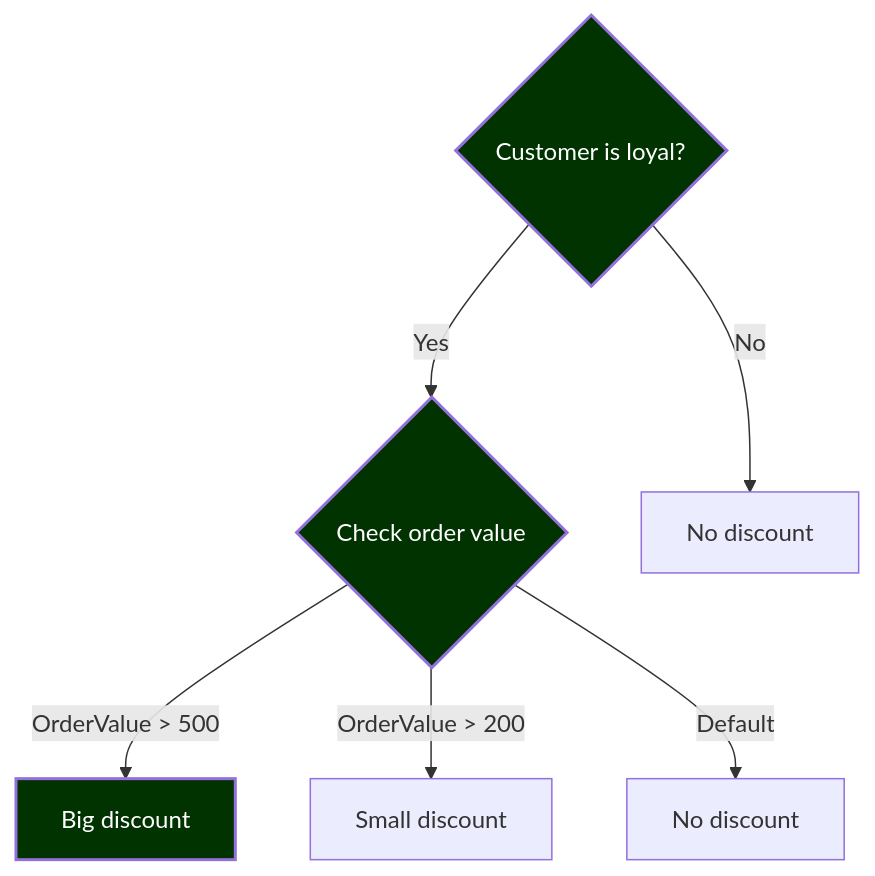
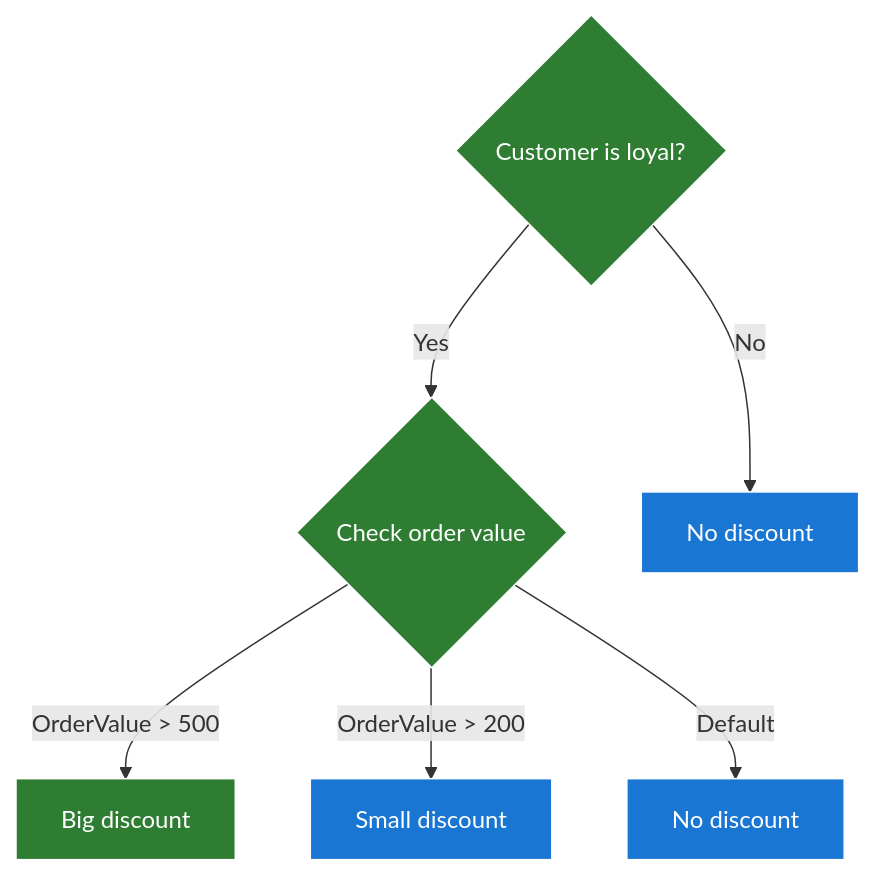
One commit to mr0406/cinnamon-trees changed the diagram in src/samples/discounts/CinnamonTrees.Samples.Discounts.Tests/MermaidVisualization/Snapshots/tree_with_trace.mmd. Above: the diagram before and after it, drawn with Mermaid. The commit also changed 11 other files, not shown here.

```diff
--- a/src/samples/discounts/CinnamonTrees.Samples.Discounts.Tests/MermaidVisualization/Snapshots/tree_with_trace.mmd
+++ b/src/samples/discounts/CinnamonTrees.Samples.Discounts.Tests/MermaidVisualization/Snapshots/tree_with_trace.mmd
@@ -1,15 +1,17 @@
 graph TD
 N1{"Customer is loyal?"}
 N1 -->|Yes| N11
 N11{"Check order value"}
 N11 -->|OrderValue > 500| N111
 N111["Big discount"]
 N11 -->|OrderValue > 200| N112
 N112["Small discount"]
 N11 -->|Default| N110
 N110["No discount"]
 N1 -->|No| N10
 N10["No discount"]
 
-classDef highlight fill:#013300,stroke-width:2px,color:#fff;
+classDef default fill:#1976d2,stroke:#ffffff,color:#ffffff;
+
+classDef highlight fill:#2e7d32,stroke:#ffffff,color:#ffffff;
 class N1,N11,N111 highlight;
```
